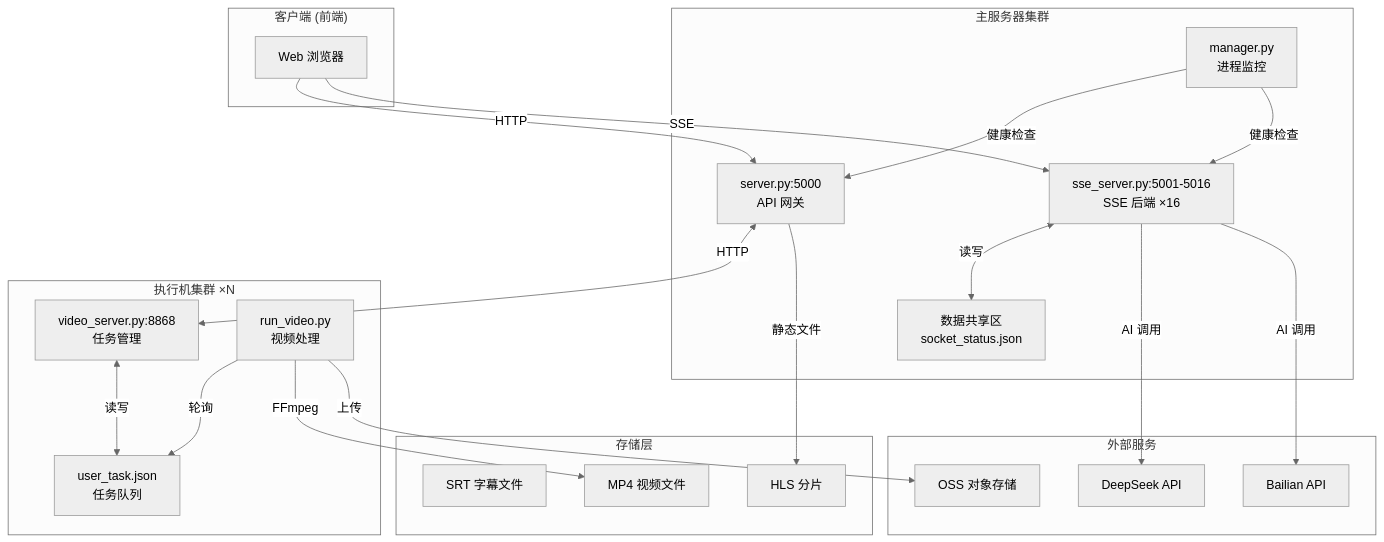
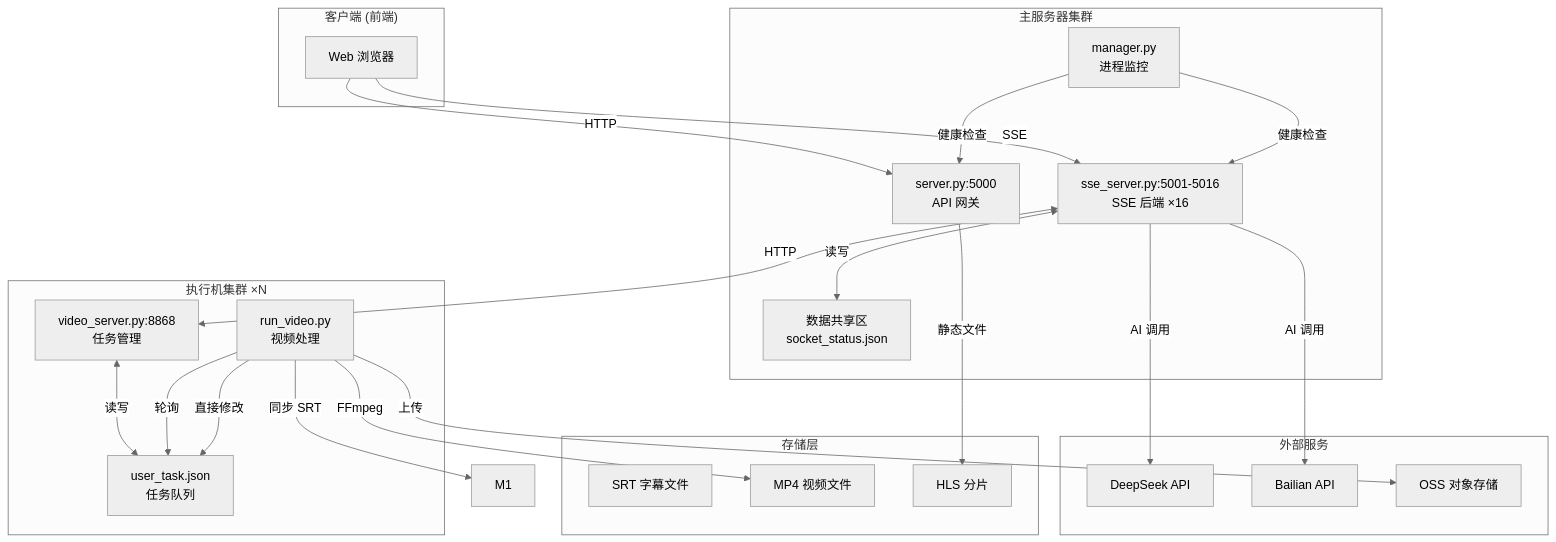
Before and after one commit to nii8/split_video: the first of 10 diagrams in ARCHITECTURE.md, drawn with Mermaid (neutral theme). The commit also changed other lines of this file, not shown here.

````diff
--- a/ARCHITECTURE.md
+++ b/ARCHITECTURE.md
@@ -46,45 +46,47 @@
 ```mermaid
 graph TB
     subgraph Client["客户端 (前端)"]
         C1[Web 浏览器]
     end
     
     subgraph Master["主服务器集群"]
         S1[server.py:5000<br/>API 网关]
         S2[sse_server.py:5001-5016<br/>SSE 后端 ×16]
         S3[manager.py<br/>进程监控]
         S4[数据共享区<br/>socket_status.json]
     end
     
     subgraph Worker["执行机集群 ×N"]
         W1[video_server.py:8868<br/>任务管理]
         W2[run_video.py<br/>视频处理]
         W3[user_task.json<br/>任务队列]
     end
     
     subgraph External["外部服务"]
         A1[DeepSeek API]
         A2[Bailian API]
         O1[OSS 对象存储]
     end
     
     subgraph Storage["存储层"]
         D1[SRT 字幕文件]
         D2[MP4 视频文件]
         D3[HLS 分片]
     end
     
     C1 -->|HTTP| S1
     C1 -->|SSE| S2
     S3 -->|健康检查 | S1
     S3 -->|健康检查 | S2
     S2 <-->|读写 | S4
-    S1 <-->|HTTP | W1
+    S2 <-->|HTTP | W1
     W1 <-->|读写 | W3
     W2 -->|轮询 | W3
+    W2 -->|直接修改 | W3
     W2 -->|FFmpeg| D2
     W2 -->|上传 | O1
+    W2 -->|同步 SRT| M1
     S2 -->|AI 调用 | A1
     S2 -->|AI 调用 | A2
     S1 -->|静态文件 | D3
 ```
````
